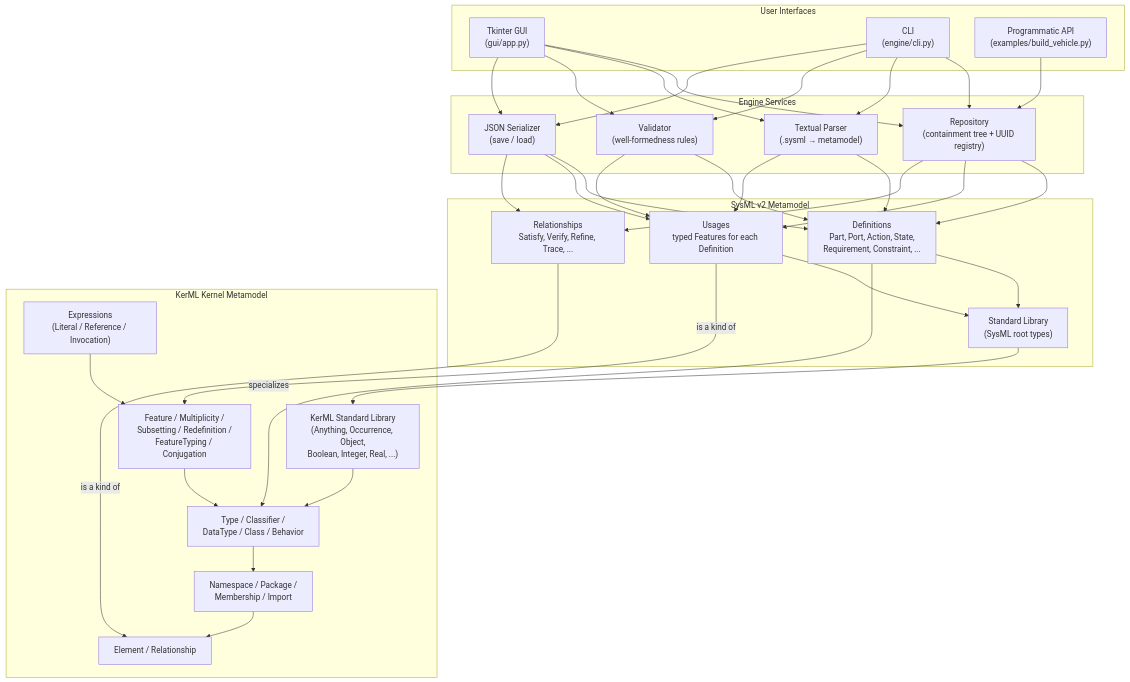
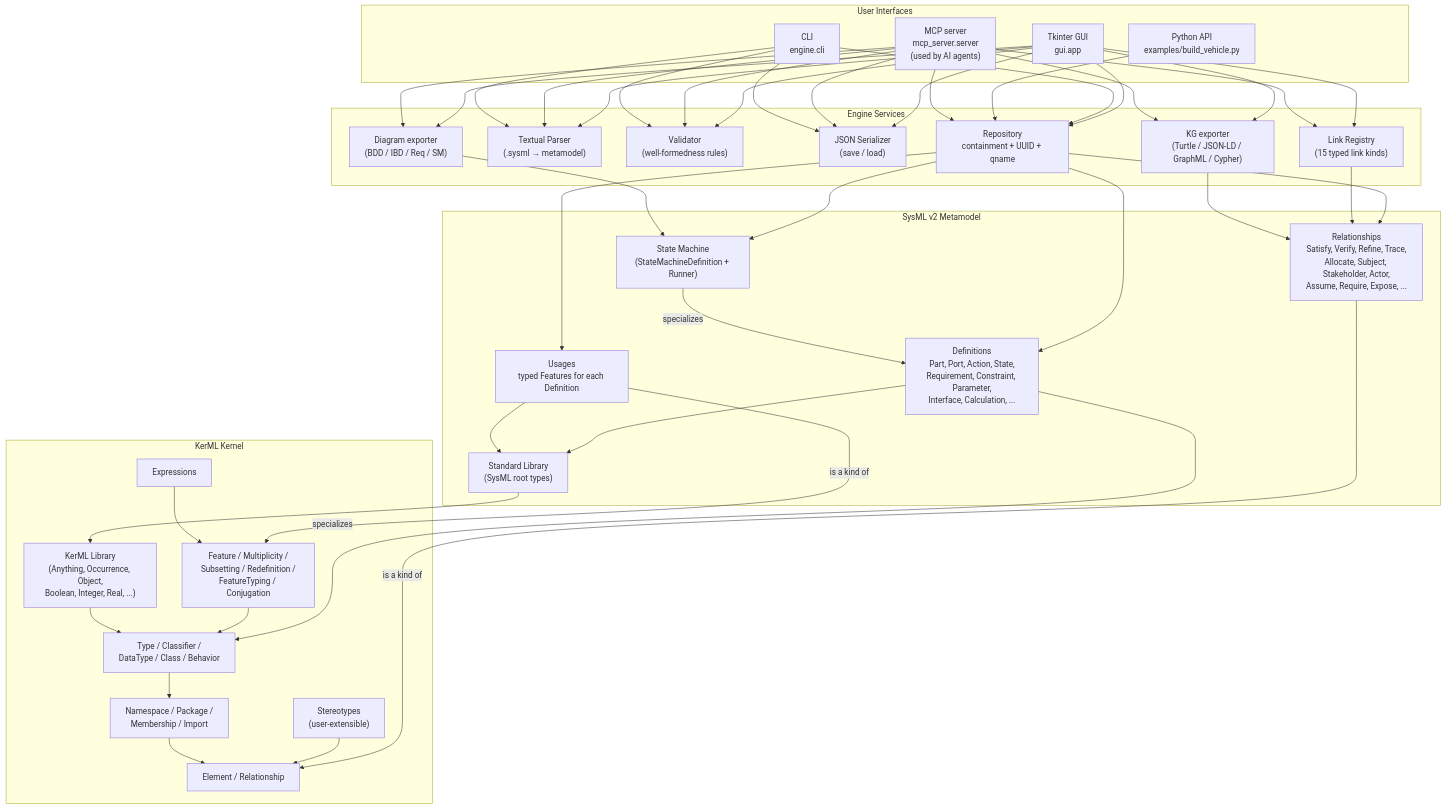
One commit to sudesh309/REQUIREMENT-FORMALISER changed the first of 12 diagrams in docs/ARCHITECTURE.md. Above: the diagram before and after it, drawn with Mermaid. The commit also changed other lines of this file and 2 other files, not shown here.

````diff
--- a/docs/ARCHITECTURE.md
+++ b/docs/ARCHITECTURE.md
@@ -9,67 +9,67 @@
 ```mermaid
 flowchart TB
     subgraph UI["User Interfaces"]
-        GUI["Tkinter GUI<br/>(gui/app.py)"]
-        CLI["CLI<br/>(engine/cli.py)"]
-        API["Programmatic API<br/>(examples/build_vehicle.py)"]
+        GUI["Tkinter GUI<br/>gui.app"]
+        CLI["CLI<br/>engine.cli"]
+        API["Python API<br/>examples/build_vehicle.py"]
+        MCP["MCP server<br/>mcp_server.server<br/>(used by AI agents)"]
     end
 
     subgraph ENG["Engine Services"]
-        REPO["Repository<br/>(containment tree + UUID registry)"]
+        REPO["Repository<br/>containment + UUID + qname"]
         PARSER["Textual Parser<br/>(.sysml → metamodel)"]
         VALID["Validator<br/>(well-formedness rules)"]
         SER["JSON Serializer<br/>(save / load)"]
+        LINKS["Link Registry<br/>(15 typed link kinds)"]
+        DIAG["Diagram exporter<br/>(BDD / IBD / Req / SM)"]
+        KG["KG exporter<br/>(Turtle / JSON-LD / GraphML / Cypher)"]
     end
 
     subgraph SYSML["SysML v2 Metamodel"]
-        SDEF["Definitions<br/>Part, Port, Action, State,<br/>Requirement, Constraint, ..."]
+        SDEF["Definitions<br/>Part, Port, Action, State,<br/>Requirement, Constraint, Parameter,<br/>Interface, Calculation, ..."]
         SUSE["Usages<br/>typed Features for each Definition"]
-        SREL["Relationships<br/>Satisfy, Verify, Refine, Trace, ..."]
+        SREL["Relationships<br/>Satisfy, Verify, Refine, Trace,<br/>Allocate, Subject, Stakeholder, Actor,<br/>Assume, Require, Expose, ..."]
+        SSM["State Machine<br/>(StateMachineDefinition + Runner)"]
         SLIB["Standard Library<br/>(SysML root types)"]
     end
 
-    subgraph KERML["KerML Kernel Metamodel"]
+    subgraph KERML["KerML Kernel"]
         KEL["Element / Relationship"]
         KNS["Namespace / Package /<br/>Membership / Import"]
         KTY["Type / Classifier /<br/>DataType / Class / Behavior"]
         KFE["Feature / Multiplicity /<br/>Subsetting / Redefinition /<br/>FeatureTyping / Conjugation"]
-        KEX["Expressions<br/>(Literal / Reference / Invocation)"]
-        KLIB["KerML Standard Library<br/>(Anything, Occurrence, Object,<br/>Boolean, Integer, Real, ...)"]
+        KEX["Expressions"]
+        KST["Stereotypes<br/>(user-extensible)"]
+        KLIB["KerML Library<br/>(Anything, Occurrence, Object,<br/>Boolean, Integer, Real, ...)"]
     end
 
     GUI --> REPO
     CLI --> REPO
     API --> REPO
+    MCP --> REPO
 
-    GUI --> PARSER
-    CLI --> PARSER
-    GUI --> VALID
-    CLI --> VALID
-    GUI --> SER
-    CLI --> SER
+    GUI --> PARSER & VALID & SER & LINKS & DIAG & KG
+    MCP --> PARSER & VALID & SER & LINKS & DIAG & KG
+    CLI --> PARSER & VALID & SER
 
-    REPO --> SDEF
-    REPO --> SUSE
-    REPO --> SREL
-    PARSER --> SDEF
-    PARSER --> SUSE
-    VALID --> SDEF
-    VALID --> SUSE
-    SER --> SDEF
-    SER --> SUSE
-    SER --> SREL
+    REPO --> SDEF & SUSE & SREL & SSM
+    LINKS --> SREL
+    DIAG --> SSM
+    KG   --> SREL
 
     SDEF --> SLIB
     SUSE --> SLIB
     SLIB --> KLIB
 
     SDEF -->|specializes| KTY
     SUSE -->|is a kind of| KFE
     SREL -->|is a kind of| KEL
+    SSM  -->|specializes| SDEF
 
+    KST --> KEL
     KFE --> KTY
     KTY --> KNS
     KNS --> KEL
     KEX --> KFE
     KLIB --> KTY
 ```
````
